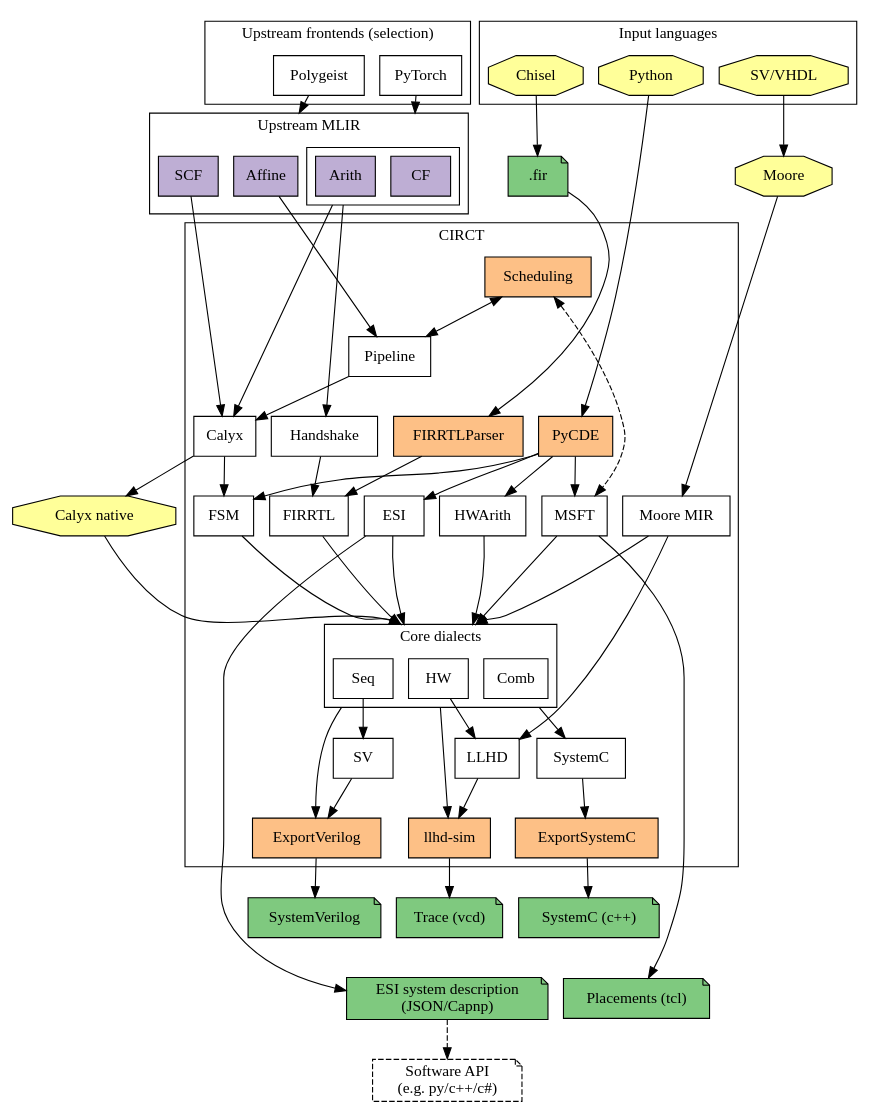
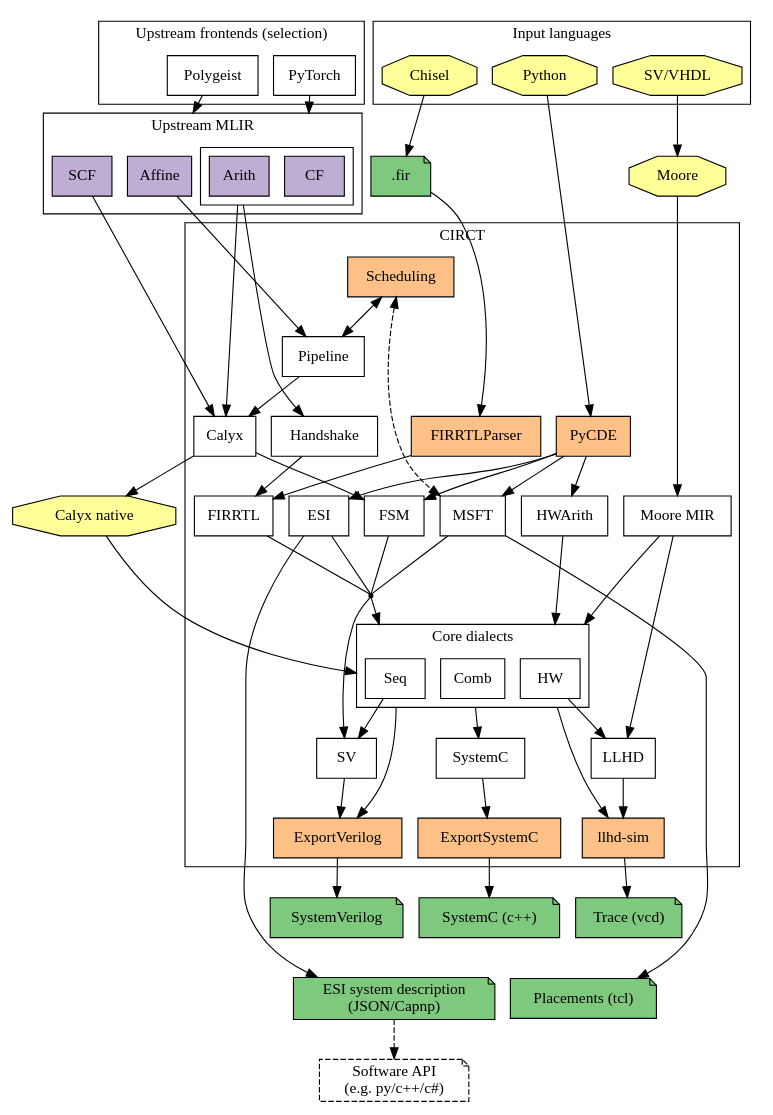
The diagram in docs/dialects.dot (llvm/circt), drawn with Graphviz before and after one commit. The commit also changed 2 other files, not shown here.

Commit message:
[Docs] Update dialect diagram

```diff
--- a/docs/dialects.dot
+++ b/docs/dialects.dot
@@ -1,165 +1,168 @@
 digraph G {
   // Note: Remember to run the circt/utils/update-docs-dialects.sh script after
   // modifying this file to regenerate the .svg and .png renders of the graph.
   rankdir = TB
   splines=spline
   node [shape=box style=filled fillcolor="white"]
   nodesep=0.2 // horizontal compression
   ranksep=0.5 // vertical compression
   compound=true
 
   // MLIR frontends
   subgraph cluster_mlir_frontends {
     label = "Upstream frontends (selection)"
     PyTorch
     Polygeist
   }
 
   // MLIR dialects
   subgraph cluster_mlir {
     label = "Upstream MLIR";
     node [fillcolor="#beaed4"]
     SCF Affine
     subgraph cluster_std_arith_dialect {
       label = ""
       CF
       Arith
     }
   }
   PyTorch -> CF [lhead=cluster_mlir]
   Polygeist -> Affine [lhead=cluster_mlir]
 
   subgraph cluster_circt {
     label = "CIRCT"
     // Internal frontend tools
     subgraph frontend_internal_tools{
       node [fillcolor="#fdc086"]
       FIRRTLParser
       PyCDE [URL="https://circt.llvm.org/docs/PyCDE/"]
       Scheduling [URL="https://circt.llvm.org/docs/Scheduling/"]
     }
 
     // CIRCT dialects
     Handshake [URL="https://circt.llvm.org/docs/Dialects/Handshake/"]
     Calyx [URL="https://circt.llvm.org/docs/Dialects/Calyx/"]
     FIRRTL [URL="https://circt.llvm.org/docs/Dialects/FIRRTL/"]
     Pipeline [URL="https://circt.llvm.org/docs/Dialects/Pipeline/"]
     MSFT [URL="https://circt.llvm.org/docs/Dialects/MSFT/"]
     ESI [URL="https://circt.llvm.org/docs/Dialects/ESI/"]
     FSM [URL="https://circt.llvm.org/docs/Dialects/FSM/"]
     HWArith [URL="https://circt.llvm.org/docs/Dialects/HWArith/"]
     MooreMIR [URL="https://circt.llvm.org/docs/Dialects/Moore/", label="Moore MIR"]
+
+    // Intermediate node to target when lowering to both SV and Core dialects
+    lower_to_sv_and_core [shape=point label="" fillcolor=black]
 
     // Invisible node to make space for RTL cluster's incoming edges.
     space_above_RTL [style = invis, label=""]
 
     // Core dialects
     subgraph cluster_RTL {
       label = "Core dialects"
       Seq [URL="https://circt.llvm.org/docs/Dialects/Seq/"]
       HW [URL="https://circt.llvm.org/docs/Dialects/HW/"]
       Comb [URL="https://circt.llvm.org/docs/Dialects/Comb/"]
     }
     LLHD [URL="https://circt.llvm.org/docs/Dialects/LLHD/"]
 
     // Backend dialects
     SV [URL="https://circt.llvm.org/docs/Dialects/SV/"]
     SystemC [URL="https://circt.llvm.org/docs/Dialects/SystemC/"]
 
     subgraph backend_internal_tools{
       node [fillcolor="#fdc086"]
       llhd_sim [label="llhd-sim"]
       ExportSystemC
       ExportVerilog [URL="https://circt.llvm.org/docs/VerilogGeneration/"]
     }
   }
 
   // External tools
   subgraph external_tools {
     node [shape=octagon fillcolor="#ffff99"]
     Moore 
     Calyx_native [label="Calyx native"]
   }
 
   FIRFile [label=".fir" fillcolor="#7fc97f" shape="note"]
 
   subgraph cluster_input_langs {
     label = "Input languages"
     node [shape=octagon fillcolor="#ffff99"]
     Chisel
     SVVHDL [label="SV/VHDL"]
     PyFile [label="Python"]
   }
 
   // Output file formats
   subgraph output_file_formats {
     node [fillcolor="#7fc97f" shape="note"]
     VCDTrace [label="Trace (vcd)"]
     SystemCFile [label="SystemC (c++)"]
     SVFile [label="SystemVerilog"]
     ServiceDesc [label="ESI system description\n(JSON/Capnp)"]
     SoftwareAPI [label="Software API\n(e.g. py/c++/c#)" style=dashed]
     TCL [label="Placements (tcl)"]
   }
 
   // ===== Connections =====
   // Dialect conversions
   SCF -> Calyx
   Affine -> Pipeline
   Pipeline -> Calyx
   Arith -> {Handshake Calyx} [ltail=cluster_std_arith_dialect]
 
   Handshake -> FIRRTL
   Calyx -> FSM
 
   // Things that lower into a subset of the RTL-like dialects. Cluster these
   // together to avoid a massive clutter.
-  {FIRRTL FSM ESI MSFT HWArith MooreMIR} -> HW [lhead=cluster_RTL]
+  {HWArith MooreMIR} -> HW [lhead=cluster_RTL]
+  {ESI MSFT FIRRTL FSM} -> lower_to_sv_and_core [arrowhead=none]
+  lower_to_sv_and_core -> SV
+  lower_to_sv_and_core -> Seq [lhead=cluster_RTL]
   Seq -> SV
   {HW MooreMIR} -> LLHD
   Comb -> SystemC [ltail=cluster_RTL]
   ExportVerilog -> SVFile
 
   // Tool flows
   Scheduling -> Pipeline [dir=both]
   Chisel -> FIRFile
   FIRFile -> FIRRTLParser
   FIRRTLParser -> FIRRTL
   SystemC -> ExportSystemC
   ExportSystemC -> SystemCFile
   SV -> ExportVerilog
   Seq -> ExportVerilog [ltail=cluster_RTL]
   HW -> llhd_sim [ltail=cluster_RTL]
   SVVHDL -> Moore [weight=999]
   Moore -> MooreMIR
   Calyx -> Calyx_native
-  Calyx_native -> HW [lhead=cluster_RTL]
+  Calyx_native -> Seq [lhead=cluster_RTL]
   LLHD -> llhd_sim
   llhd_sim -> VCDTrace
   //ESI -> CapNProto
   ESI -> ServiceDesc
   MSFT -> TCL
   PyFile -> PyCDE
-  PyCDE -> ESI
-  PyCDE -> MSFT
-  PyCDE -> HWArith
-  PyCDE -> FSM
+  PyCDE -> {ESI MSFT HWArith FSM}
   Scheduling -> MSFT [dir=both, style=dashed]
   ServiceDesc -> SoftwareAPI [style=dashed]
 
   // ====== Some fake edges to coerce a good layout ======
   // Note: Modify these if you make changes to the above diagram, and things
   // start looking weird.
 
   // Leave one rank free above the RTL cluster to improve routing of incoming
   // edges.
   {FIRRTL FSM ESI MSFT HWArith MooreMIR} -> space_above_RTL [weight=999, style=invis]
   space_above_RTL -> {Seq HW Comb} [lhead=cluster_RTL, weight=999, style=invis]
 
   // Fix the following sink nodes below the CIRCT cluster
   SystemCFile -> {TCL ServiceDesc} [weight=999 style=invis]
 
   // Better organize the top.
   {PyTorch Polygeist Chisel} -> CF [weight=999 style=invis]
   FIRFile -> Scheduling [weight=999 style=invis]
 }
```
